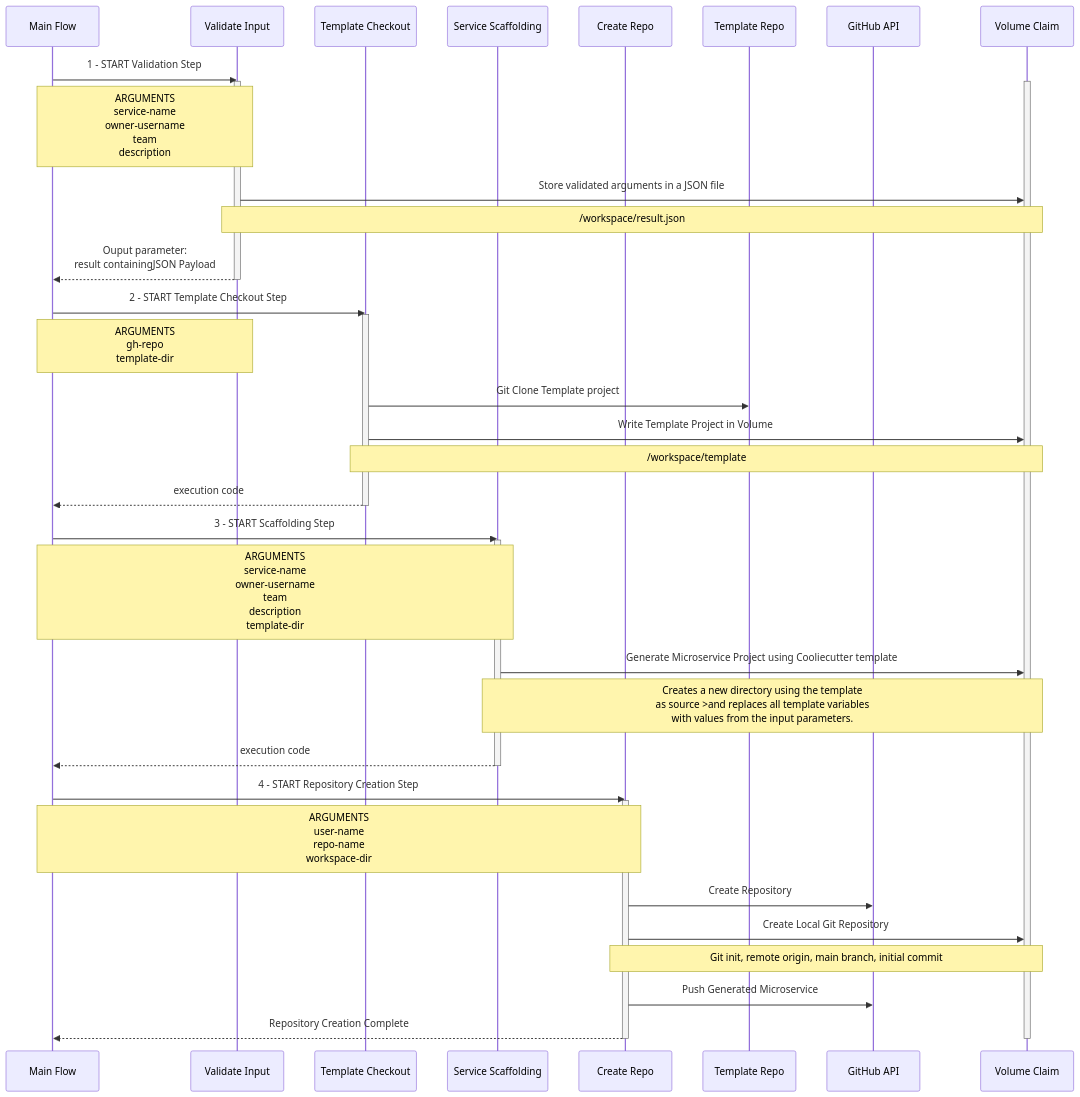
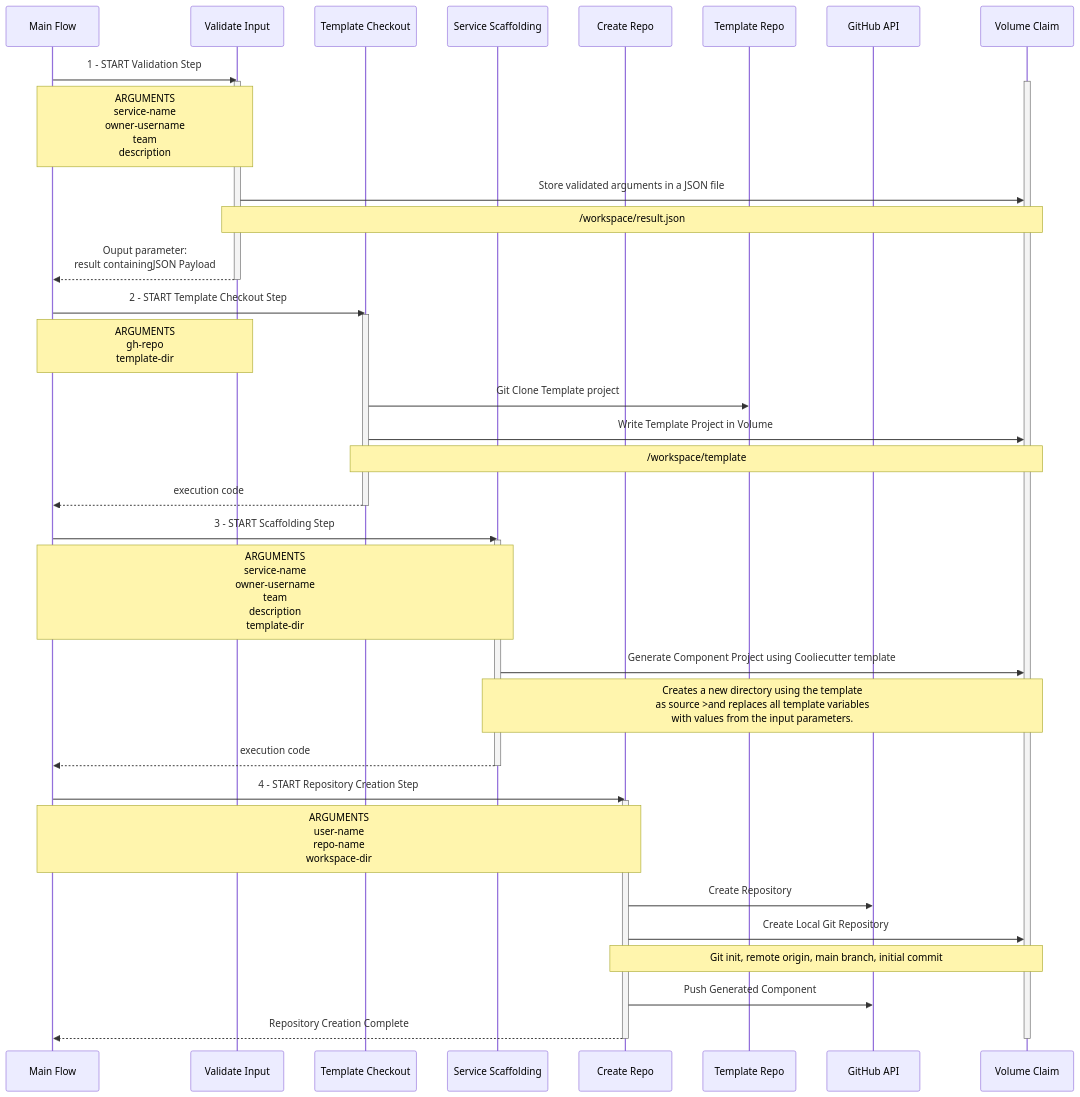
The diagram in doc/create-microservice-workflow-sequence_diagram_annotated.md (adriandantas/create-component-workflow), drawn with Mermaid before and after one commit. The commit also changed other lines of this file and 5 other files, not shown here.

````diff
--- a/doc/create-microservice-workflow-sequence_diagram_annotated.md
+++ b/doc/create-microservice-workflow-sequence_diagram_annotated.md
@@ -3,50 +3,50 @@
 ```mermaid
 sequenceDiagram
   participant MainFlow as Main Flow
   participant ValidateInput as Validate Input
   link ValidateInput: Repo @ https://github.com/adriandantas/step-validator
   participant TemplateCheckout as Template Checkout
-  participant MicroserviceScaffolding as Service Scaffolding
-  link MicroserviceScaffolding: Repo @ https://github.com/adriandantas/cookiecutter
+  participant ComponentScaffolding as Service Scaffolding
+  link ComponentScaffolding: Repo @ https://github.com/adriandantas/cookiecutter
   participant CreateRepository as Create Repo
   participant TemplateRepo as Template Repo
   participant GitHub as GitHub API
   participant VolumeClaim as Volume Claim
 
   MainFlow->>ValidateInput: 1 - START Validation Step
   activate ValidateInput
   activate VolumeClaim
   Note over MainFlow,ValidateInput: ARGUMENTS<br/>service-name<br/>owner-username<br/>team<br/>description
   ValidateInput->>VolumeClaim: Store validated arguments in a JSON file
   Note over ValidateInput,VolumeClaim: /workspace/result.json
   ValidateInput-->>MainFlow: Ouput parameter:<br/>result containingJSON Payload
   deactivate ValidateInput
 
   MainFlow->>TemplateCheckout: 2 - START Template Checkout Step
   activate TemplateCheckout
   Note over MainFlow,ValidateInput: ARGUMENTS<br/>gh-repo<br/>template-dir
   TemplateCheckout->>TemplateRepo: Git Clone Template project
   TemplateCheckout->>VolumeClaim: Write Template Project in Volume
     Note over TemplateCheckout,VolumeClaim: /workspace/template
   TemplateCheckout-->>MainFlow: execution code
   deactivate TemplateCheckout
 
-  MainFlow->>MicroserviceScaffolding: 3 - START Scaffolding Step
-  activate MicroserviceScaffolding
-  Note over MainFlow,MicroserviceScaffolding: ARGUMENTS<br/>service-name<br/>owner-username<br/>team<br/>description<br/>template-dir
-  MicroserviceScaffolding->>VolumeClaim: Generate Microservice Project using Cooliecutter template
-    Note over MicroserviceScaffolding,VolumeClaim: Creates a new directory using the template<br/> as source >and replaces all template variables<br/>with values from the input parameters.
-  MicroserviceScaffolding-->>MainFlow: execution code
-  deactivate MicroserviceScaffolding
+  MainFlow->>ComponentScaffolding: 3 - START Scaffolding Step
+  activate ComponentScaffolding
+  Note over MainFlow,ComponentScaffolding: ARGUMENTS<br/>service-name<br/>owner-username<br/>team<br/>description<br/>template-dir
+  ComponentScaffolding->>VolumeClaim: Generate Component Project using Cooliecutter template
+    Note over ComponentScaffolding,VolumeClaim: Creates a new directory using the template<br/> as source >and replaces all template variables<br/>with values from the input parameters.
+  ComponentScaffolding-->>MainFlow: execution code
+  deactivate ComponentScaffolding
 
   MainFlow->>CreateRepository: 4 - START Repository Creation Step
   activate CreateRepository
   Note over MainFlow,CreateRepository: ARGUMENTS<br/>user-name<br/>repo-name<br/>workspace-dir
   CreateRepository->>GitHub: Create Repository
   CreateRepository->>VolumeClaim: Create Local Git Repository
   Note over CreateRepository,VolumeClaim: Git init, remote origin, main branch, initial commit
-  CreateRepository->>GitHub: Push Generated Microservice
+  CreateRepository->>GitHub: Push Generated Component
   CreateRepository-->>MainFlow: Repository Creation Complete
   deactivate CreateRepository
   deactivate VolumeClaim
 ```
````
